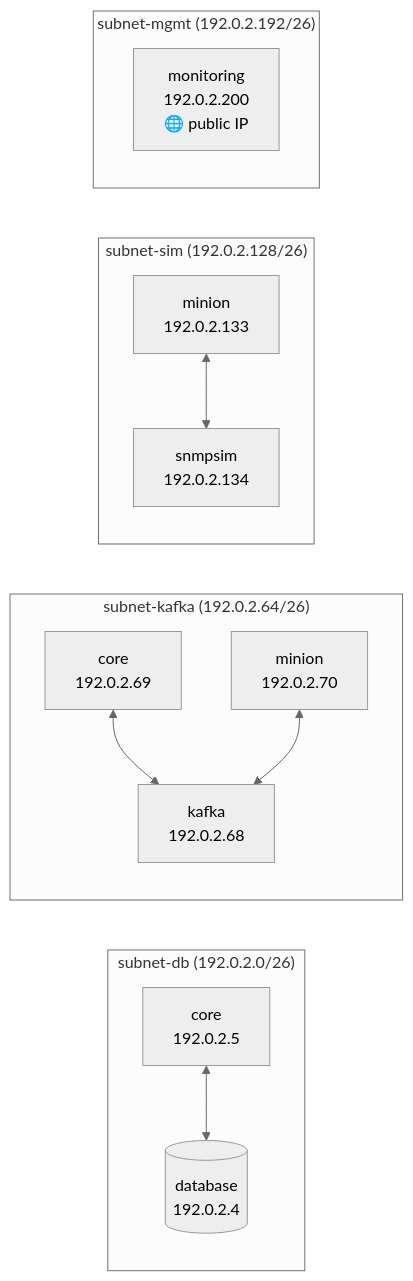
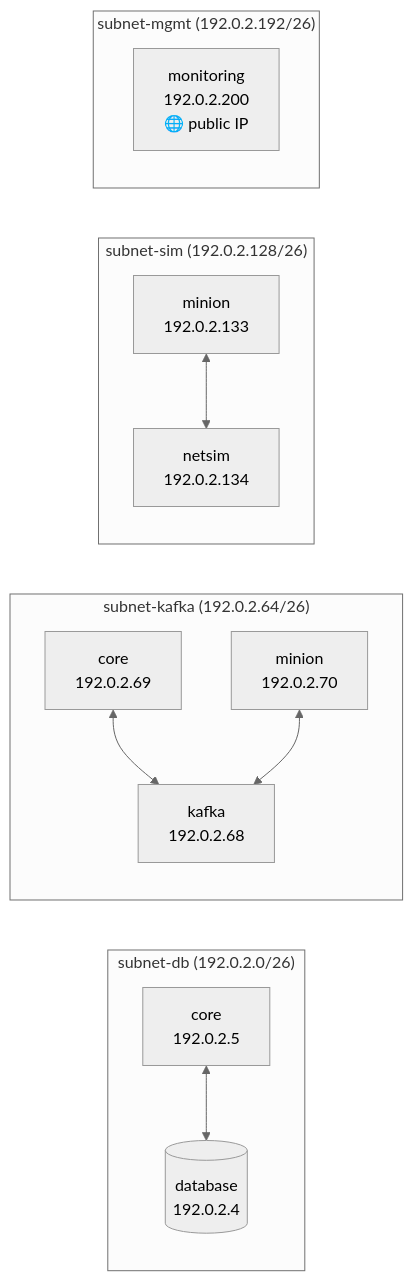
The second of 3 diagrams in docs/architecture.md (opennms-forge/opennms-benchmark), drawn with Mermaid (neutral theme) before and after one commit. The commit also changed other lines of this file and 26 other files, not shown here.

````diff
--- a/docs/architecture.md
+++ b/docs/architecture.md
@@ -45,24 +45,24 @@
 ```mermaid
 flowchart LR
     subgraph subnet-db["subnet-db (192.0.2.0/26)"]
         DB[(database\n192.0.2.4)]
         CORE_DB[core\n192.0.2.5]
     end
     subgraph subnet-kafka["subnet-kafka (192.0.2.64/26)"]
         KAFKA[kafka\n192.0.2.68]
         CORE_KFK[core\n192.0.2.69]
         MINION_KFK[minion\n192.0.2.70]
     end
     subgraph subnet-sim["subnet-sim (192.0.2.128/26)"]
         MINION_SIM[minion\n192.0.2.133]
-        SNMPSIM[snmpsim\n192.0.2.134]
+        SNMPSIM[netsim\n192.0.2.134]
     end
     subgraph subnet-mgmt["subnet-mgmt (192.0.2.192/26)"]
         MON[monitoring\n192.0.2.200\n🌐 public IP]
     end
 
     CORE_DB <--> DB
     CORE_KFK <--> KAFKA
     MINION_KFK <--> KAFKA
     MINION_SIM <--> SNMPSIM
 ```
````
